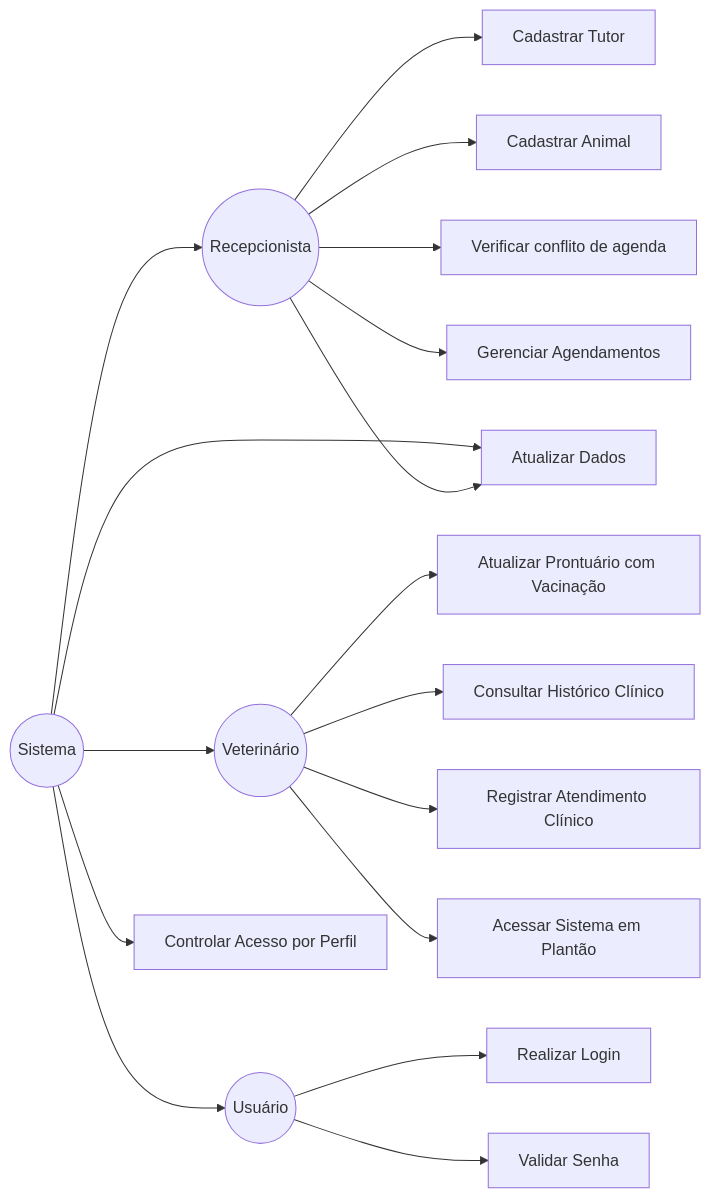
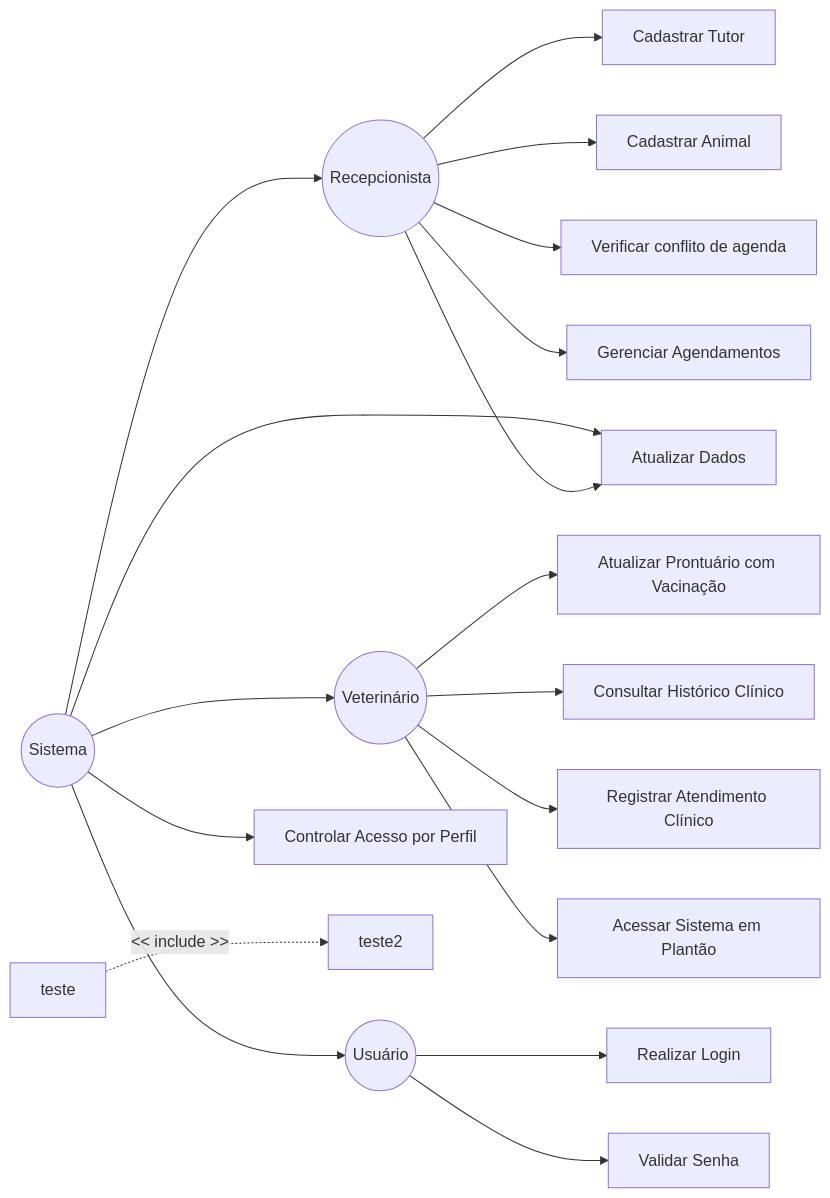
The first of 2 diagrams in docs/E3/diagramas_UML.md (Anabe-dev/clinica_veterinaria), drawn with Mermaid before and after one commit.

````diff
--- a/docs/E3/diagramas_UML.md
+++ b/docs/E3/diagramas_UML.md
@@ -5,24 +5,25 @@
 ```mermaid
 flowchart LR
   Ator1((Recepcionista))
   Ator2((Veterinário))
   Ator3((Usuário))
   Ator4((Sistema))
   Ator1 --> UC1[Cadastrar Tutor]
   Ator1 --> UC1.1[Cadastrar Animal]
   Ator1 --> UC1.2[Verificar conflito de agenda]
   Ator1 --> UC1.3[Gerenciar Agendamentos]
   Ator2 --> UC2[Atualizar Prontuário com Vacinação]
   Ator2 --> UC2.1[Consultar Histórico Clínico]
   Ator2 --> UC2.2[Registrar Atendimento Clínico]
   Ator2 --> UC2.3[Acessar Sistema em Plantão]
   Ator3 --> UC3[Realizar Login]
   Ator3 --> UC3.1[Validar Senha]
   Ator4((Sistema)) --> Ator1((Recepcionista))
   Ator4((Sistema)) --> Ator2((Veterinário))
   Ator4((Sistema)) --> Ator3((Usuário))
   Ator4 --> UC4[Controlar Acesso por Perfil]
   Ator4 --> UC4.1[Atualizar Dados]
   Ator1 --> UC4.1[Atualizar Dados]
+  teste -.->|&lt;&lt; include &gt;&gt;| teste2
    
 ```
````
